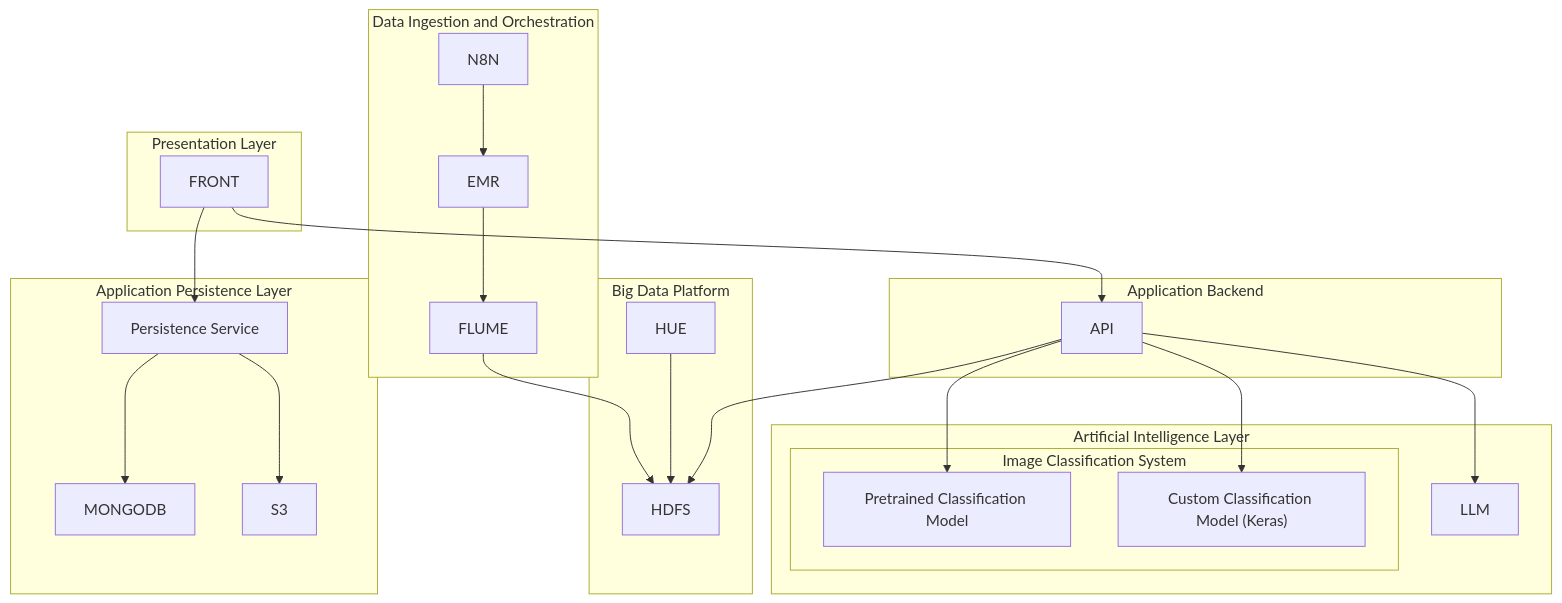
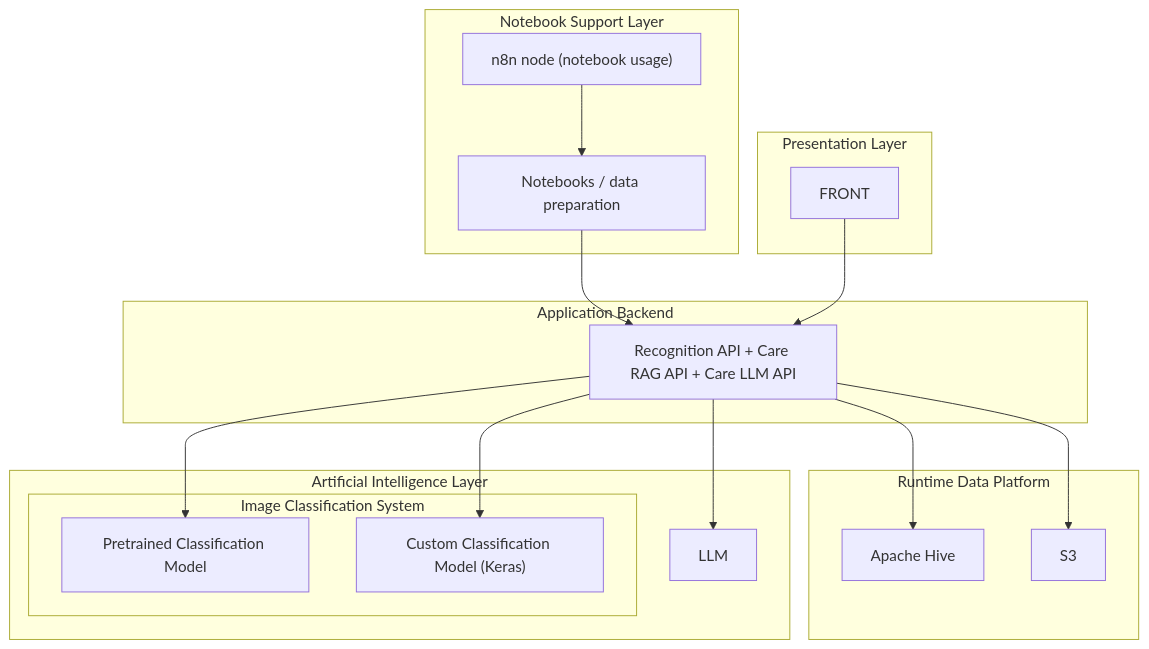
Before and after one commit to Gaia-IZV/Gaia: the diagram in docs/README.md, drawn with Mermaid. The commit also changed other lines of this file and 7 other files, not shown here.

````diff
--- a/docs/README.md
+++ b/docs/README.md
@@ -5,74 +5,59 @@
 ```mermaid
 graph TD;
 
     %% ───────────────
-    %% Data Ingestion
+    %% Notebooks / Preparation
     %% ───────────────
-    subgraph INGESTION["Data Ingestion and Orchestration"]
-        N8N --> EMR --> FLUME
+    subgraph PREP["Notebook Support Layer"]
+        N8N["n8n node (notebook usage)"] --> NOTEBOOKS["Notebooks / data preparation"]
     end
 
 
     %% ───────────────
-    %% Big Data Platform
+    %% Runtime Data Platform
     %% ───────────────
-    subgraph BIGDATA["Big Data Platform"]
-        HDFS
-        HUE
+    subgraph BIGDATA["Runtime Data Platform"]
+        HIVE["Apache Hive"]
+        S3
     end
-
-    FLUME --> HDFS
-    HUE --> HDFS
 
 
     %% ───────────────
     %% AI Models
     %% ───────────────
     subgraph AI["Artificial Intelligence Layer"]
 
         LLM
 
         subgraph CLASSIFICATION["Image Classification System"]
             PRETRAINED_MODEL["Pretrained Classification Model"]
             KERAS_MODEL["Custom Classification Model (Keras)"]
         end
     end
 
 
     %% ───────────────
     %% Backend
     %% ───────────────
     subgraph BACKEND["Application Backend"]
-        API
+        API["Recognition API + Care RAG API + Care LLM API"]
     end
 
-    API --> HDFS
+    NOTEBOOKS --> API
+    API --> HIVE
     API --> LLM
     API --> PRETRAINED_MODEL
     API --> KERAS_MODEL
-
-
-    %% ───────────────
-    %% Application Storage
-    %% ───────────────
-    subgraph STORAGE["Application Persistence Layer"]
-        STORAGE_FACADE["Persistence Service"]
-        MONGODB
-        S3
-
-        STORAGE_FACADE --> MONGODB
-        STORAGE_FACADE --> S3
-    end
+    API --> S3
 
 
     %% ───────────────
     %% Frontend
     %% ───────────────
     subgraph FRONTEND["Presentation Layer"]
         FRONT
     end
 
     FRONT --> API
-    FRONT --> STORAGE_FACADE
 
 ```
````
